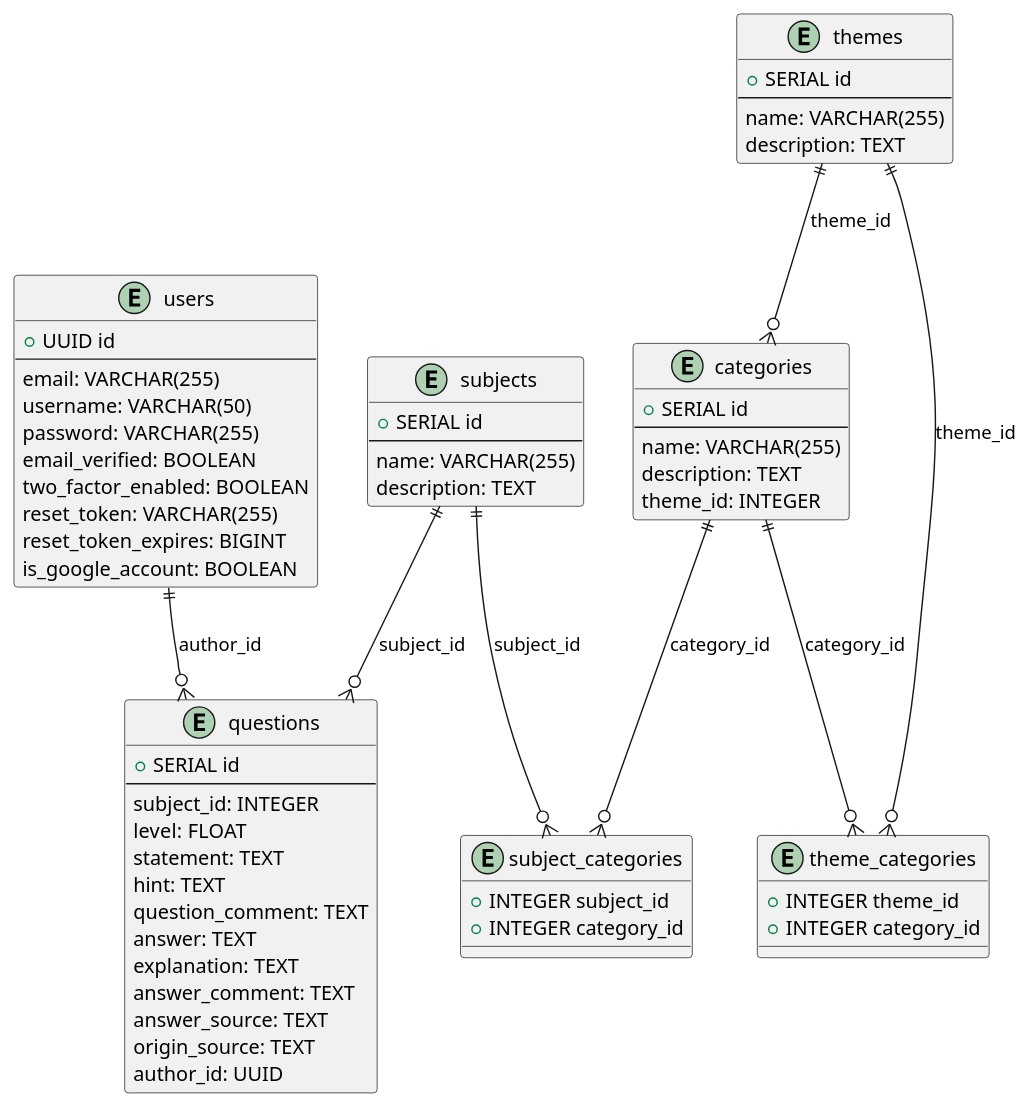
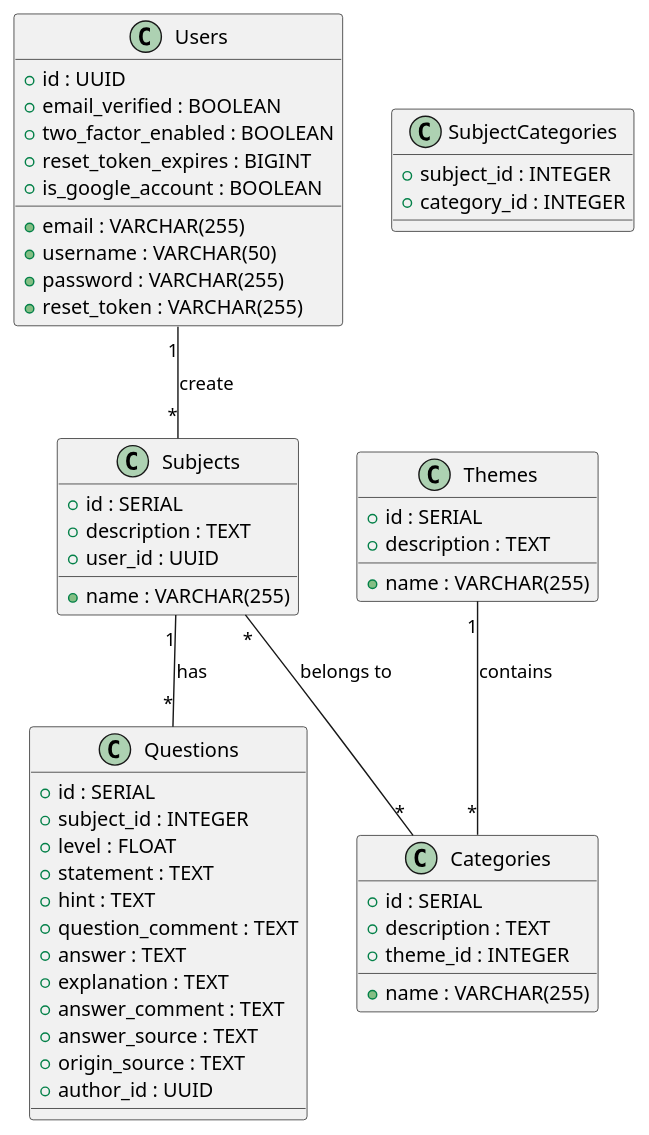
Before and after one commit to RobinMenestret/Tutikone: the diagram in documentation/architecture/DatabaseSchema.plantuml, drawn with PlantUML. The commit also changed 14 other files, not shown here.

```diff
--- a/documentation/architecture/DatabaseSchema.plantuml
+++ b/documentation/architecture/DatabaseSchema.plantuml
@@ -1,70 +1,60 @@
 @startuml
-entity "users" {
-    + UUID id
-    --
-    email: VARCHAR(255)
-    username: VARCHAR(50)
-    password: VARCHAR(255)
-    email_verified: BOOLEAN
-    two_factor_enabled: BOOLEAN
-    reset_token: VARCHAR(255)
-    reset_token_expires: BIGINT
-    is_google_account: BOOLEAN
+
+class Users {
+    +id : UUID
+    +email : VARCHAR(255)
+    +username : VARCHAR(50)
+    +password : VARCHAR(255)
+    +email_verified : BOOLEAN
+    +two_factor_enabled : BOOLEAN
+    +reset_token : VARCHAR(255)
+    +reset_token_expires : BIGINT
+    +is_google_account : BOOLEAN
 }
 
-entity "themes" {
-    + SERIAL id
-    --
-    name: VARCHAR(255)
-    description: TEXT
+class Themes {
+    +id : SERIAL
+    +name : VARCHAR(255)
+    +description : TEXT
 }
 
-entity "categories" {
-    + SERIAL id
-    --
-    name: VARCHAR(255)
-    description: TEXT
-    theme_id: INTEGER
+class Categories {
+    +id : SERIAL
+    +name : VARCHAR(255)
+    +description : TEXT
+    +theme_id : INTEGER
 }
 
-entity "subjects" {
-    + SERIAL id
-    --
-    name: VARCHAR(255)
-    description: TEXT
+class Subjects {
+    +id : SERIAL
+    +name : VARCHAR(255)
+    +description : TEXT
+    +user_id : UUID
 }
 
-entity "questions" {
-    + SERIAL id
-    --
-    subject_id: INTEGER
-    level: FLOAT
-    statement: TEXT
-    hint: TEXT
-    question_comment: TEXT
-    answer: TEXT
-    explanation: TEXT
-    answer_comment: TEXT
-    answer_source: TEXT
-    origin_source: TEXT
-    author_id: UUID
+class Questions {
+    +id : SERIAL
+    +subject_id : INTEGER
+    +level : FLOAT
+    +statement : TEXT
+    +hint : TEXT
+    +question_comment : TEXT
+    +answer : TEXT
+    +explanation : TEXT
+    +answer_comment : TEXT
+    +answer_source : TEXT
+    +origin_source : TEXT
+    +author_id : UUID
 }
 
-entity "subject_categories" {
-    + INTEGER subject_id
-    + INTEGER category_id
+class SubjectCategories {
+    +subject_id : INTEGER
+    +category_id : INTEGER
 }
 
-entity "theme_categories" {
-    + INTEGER theme_id
-    + INTEGER category_id
-}
+Users "1" -- "*" Subjects : "create"
+Themes "1" -- "*" Categories : "contains"
+Subjects "1" -- "*" Questions : "has"
+Subjects "*" -- "*" Categories : "belongs to" 
 
-users ||--o{ questions: "author_id"
-themes ||--o{ categories: "theme_id"
-subjects ||--o{ questions: "subject_id"
-subjects ||--o{ subject_categories: "subject_id"
-categories ||--o{ subject_categories: "category_id"
-themes ||--o{ theme_categories: "theme_id"
-categories ||--o{ theme_categories: "category_id"
 @enduml
```
